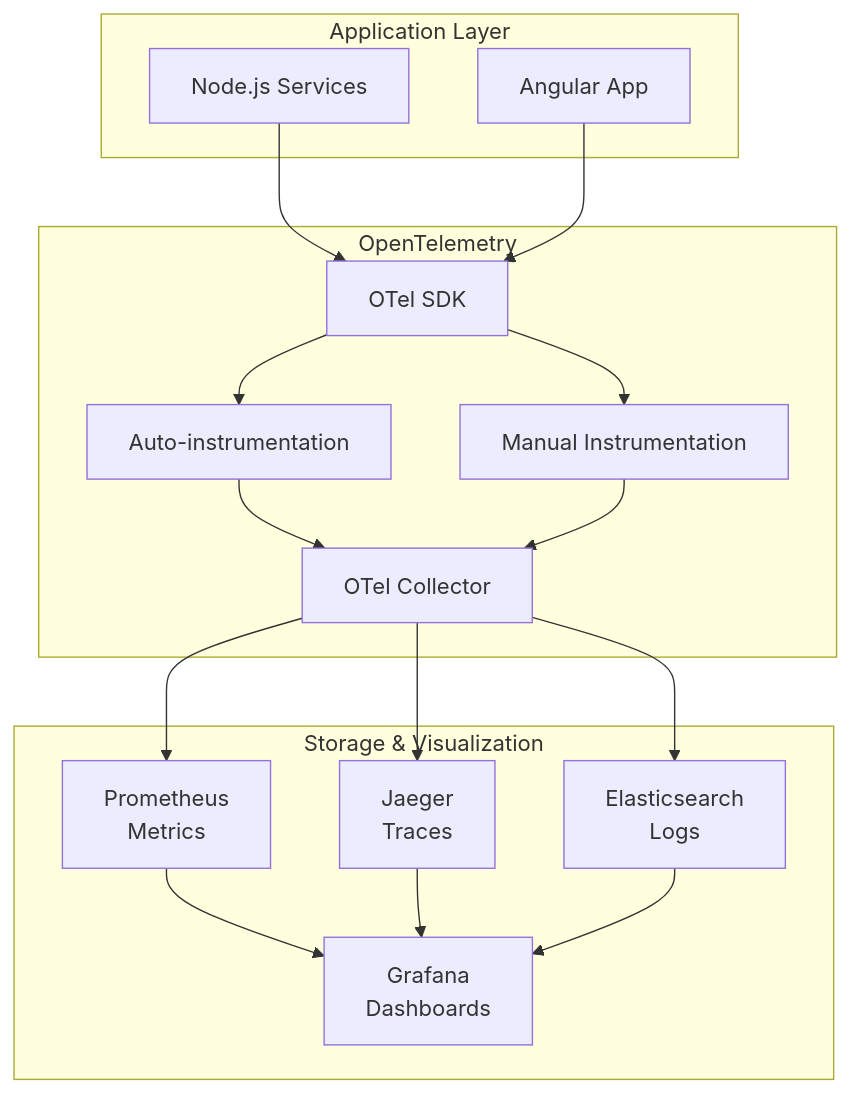
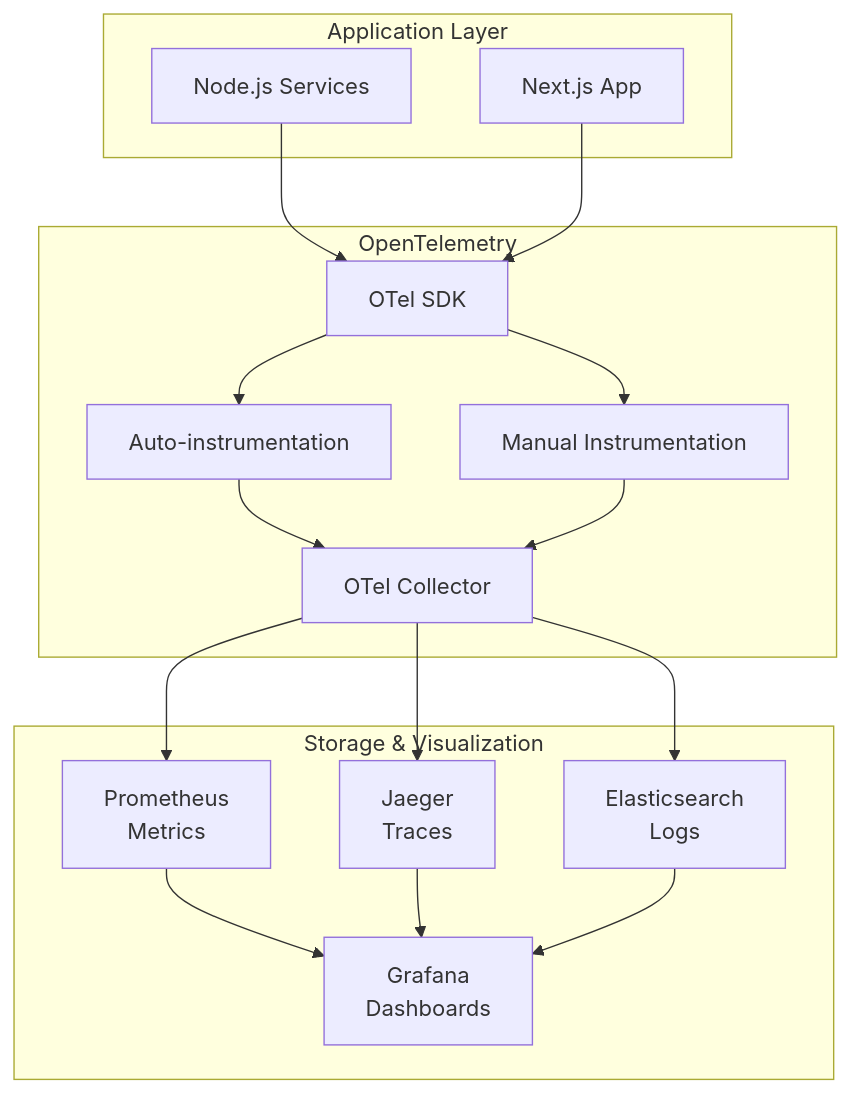
One commit to red2n/modern-reservation changed diagram 33 of 38 in docs/product-requirements-document.md. Above: the diagram before and after it, drawn with Mermaid. The commit also changed other lines of this file and 8 other files, not shown here.

````diff
--- a/docs/product-requirements-document.md
+++ b/docs/product-requirements-document.md
@@ -2912,34 +2913,34 @@
 ```mermaid
 graph TB
     subgraph "Application Layer"
         A1[Node.js Services]
-        A2[Angular App]
+        A2[Next.js App]
     end
 
     subgraph "OpenTelemetry"
         B1[OTel SDK]
         B2[Auto-instrumentation]
         B3[Manual Instrumentation]
         B4[OTel Collector]
     end
 
     subgraph "Storage & Visualization"
         C1[Prometheus<br/>Metrics]
         C2[Jaeger<br/>Traces]
         C3[Elasticsearch<br/>Logs]
         C4[Grafana<br/>Dashboards]
     end
 
     A1 --> B1
     A2 --> B1
     B1 --> B2
     B1 --> B3
     B2 --> B4
     B3 --> B4
     B4 --> C1
     B4 --> C2
     B4 --> C3
     C1 --> C4
     C2 --> C4
     C3 --> C4
 ```
````
